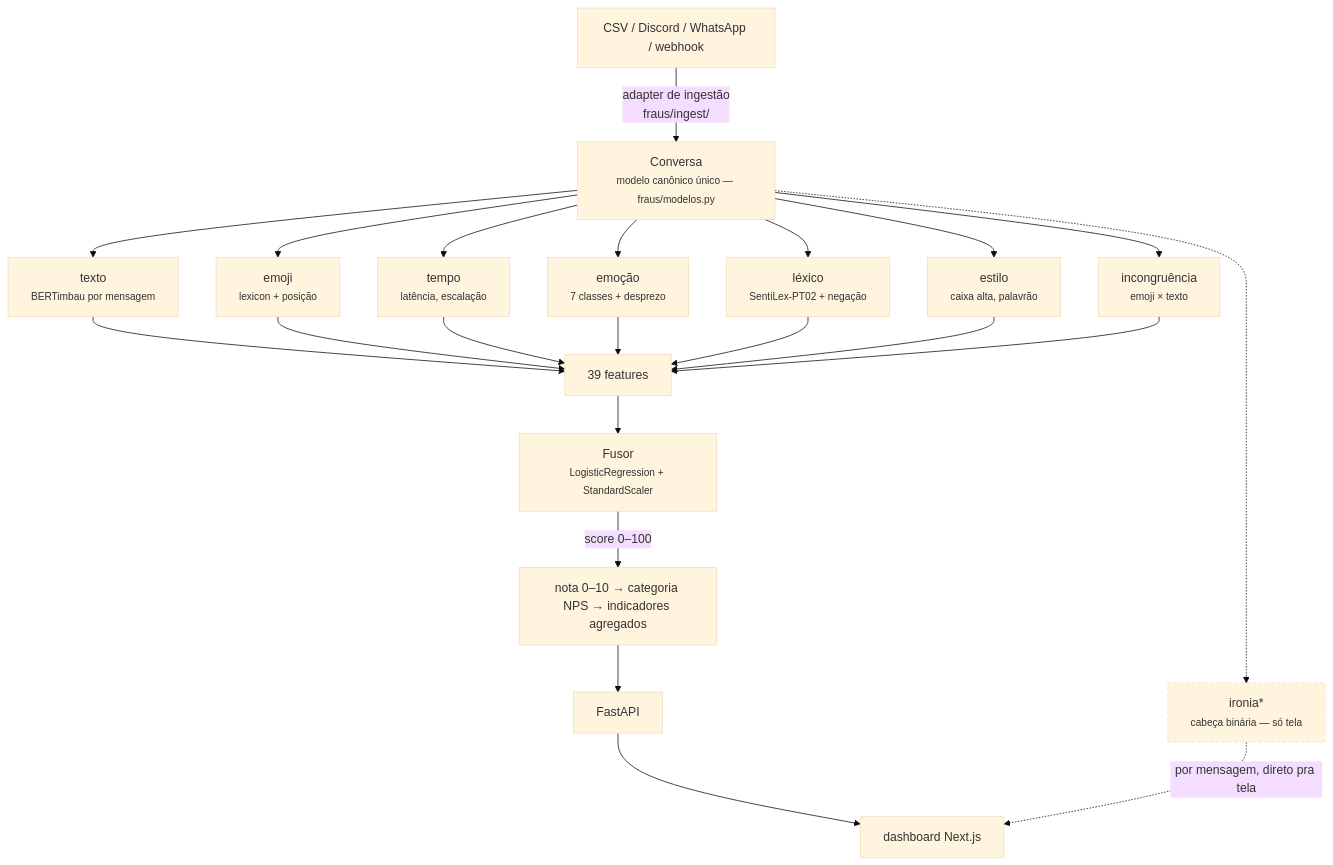
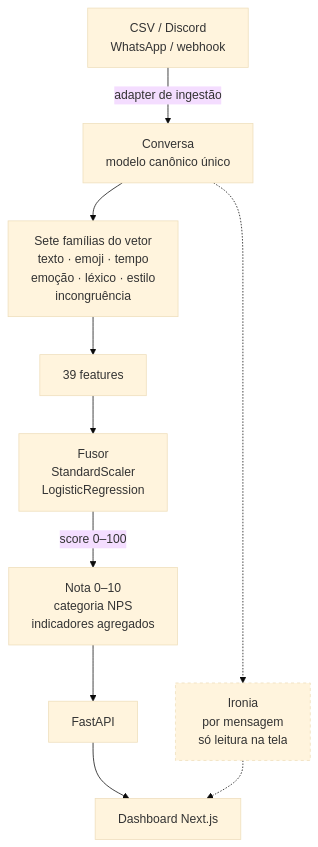
One commit to Joao-Tavares0312/Fraus changed the first of 3 diagrams in docs/arquitetura.md. Above: the diagram before and after it, drawn with Mermaid (base theme). The commit also changed other lines of this file and 45 other files, not shown here.

````diff
--- a/docs/arquitetura.md
+++ b/docs/arquitetura.md
@@ -3,29 +3,13 @@
 ```mermaid
 flowchart TD
-    A["CSV / Discord / WhatsApp / webhook"] -->|"adapter de ingestão<br/>fraus/ingest/"| B["Conversa<br/><small>modelo canônico único — fraus/modelos.py</small>"]
-
-    B --> texto["texto<br/><small>BERTimbau por mensagem</small>"]
-    B --> emoji["emoji<br/><small>lexicon + posição</small>"]
-    B --> tempo["tempo<br/><small>latência, escalação</small>"]
-    B --> emocao["emoção<br/><small>7 classes + desprezo</small>"]
-    B --> lexico["léxico<br/><small>SentiLex-PT02 + negação</small>"]
-    B --> estilo["estilo<br/><small>caixa alta, palavrão</small>"]
-    B --> incong["incongruência<br/><small>emoji × texto</small>"]
-    B -.-> ironia["ironia*<br/><small>cabeça binária — só tela</small>"]
-
-    texto --> V["39 features"]
-    emoji --> V
-    tempo --> V
-    emocao --> V
-    lexico --> V
-    estilo --> V
-    incong --> V
-
-    V --> F["Fusor<br/><small>LogisticRegression + StandardScaler</small>"]
-    F -->|"score 0–100"| N["nota 0–10 → categoria NPS → indicadores agregados"]
+    A["CSV / Discord<br/>WhatsApp / webhook"] -->|"adapter de ingestão"| B["Conversa<br/>modelo canônico único"]
+    B --> S["Sete famílias do vetor<br/>texto · emoji · tempo<br/>emoção · léxico · estilo<br/>incongruência"]
+    B -.-> I["Ironia<br/>por mensagem<br/>só leitura na tela"]
+    S --> V["39 features"]
+    V --> F["Fusor<br/>StandardScaler<br/>LogisticRegression"]
+    F -->|"score 0–100"| N["Nota 0–10<br/>categoria NPS<br/>indicadores agregados"]
     N --> API["FastAPI"]
-    API --> D["dashboard Next.js"]
-    ironia -.->|"por mensagem, direto pra tela"| D
-
-    style ironia stroke-dasharray: 4 4
+    API --> D["Dashboard Next.js"]
+    I -.-> D
+    style I stroke-dasharray: 4 4
 ```
````
